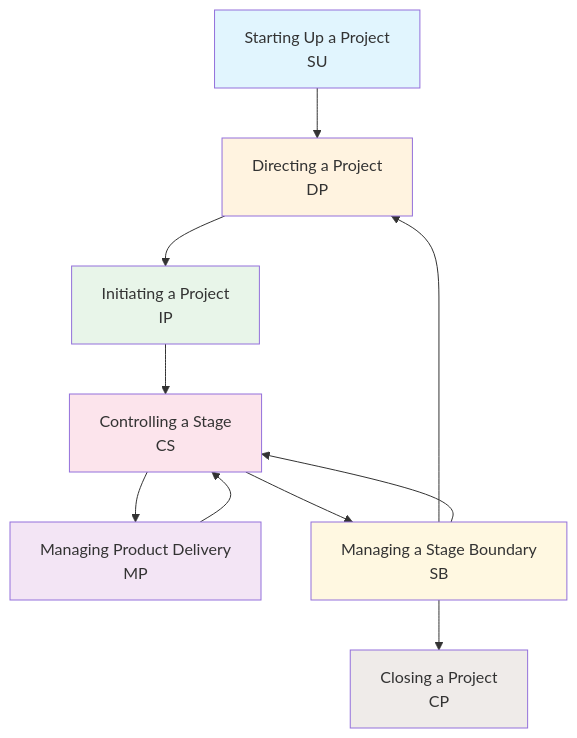
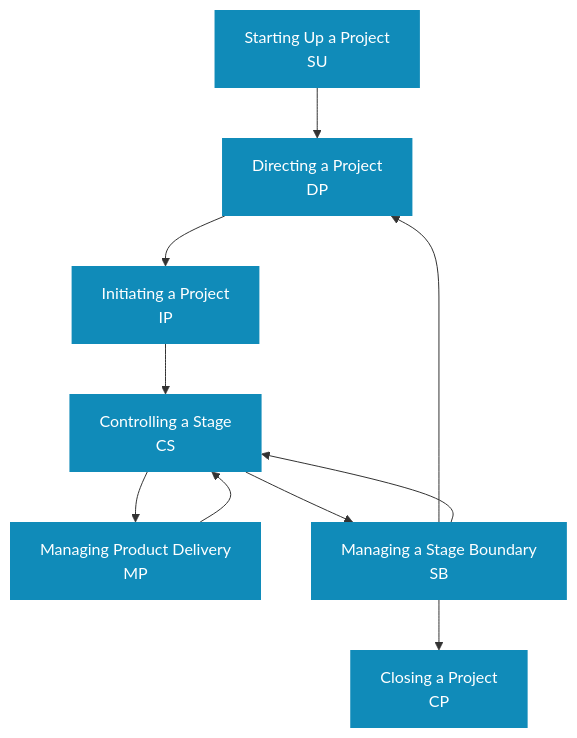
One commit to kevinmcaleer/kevstemplates.com changed the second of 2 diagrams in _pages/methodologies/prince2.md. Above: the diagram before and after it, drawn with Mermaid. The commit also changed other lines of this file and 72 other files, not shown here.

```diff
--- a/_pages/methodologies/prince2.md
+++ b/_pages/methodologies/prince2.md
@@ -153,20 +152,15 @@
 <div class="mermaid">
 flowchart TD
     SU[Starting Up a Project\nSU] --> DP[Directing a Project\nDP]
     DP --> IP[Initiating a Project\nIP]
     IP --> CS[Controlling a Stage\nCS]
     CS --> MP[Managing Product Delivery\nMP]
     MP --> CS
     CS --> SB[Managing a Stage Boundary\nSB]
     SB --> DP
     SB --> CS
     SB --> CP[Closing a Project\nCP]
 
-    style SU fill:#e1f5fe
-    style DP fill:#fff3e0
-    style IP fill:#e8f5e9
-    style CS fill:#fce4ec
-    style MP fill:#f3e5f5
-    style SB fill:#fff8e1
-    style CP fill:#efebe9
+    classDef blue fill:#108BB9,stroke:none,color:#fff
+    class SU,DP,IP,CS,MP,SB,CP blue
 </div>
```
